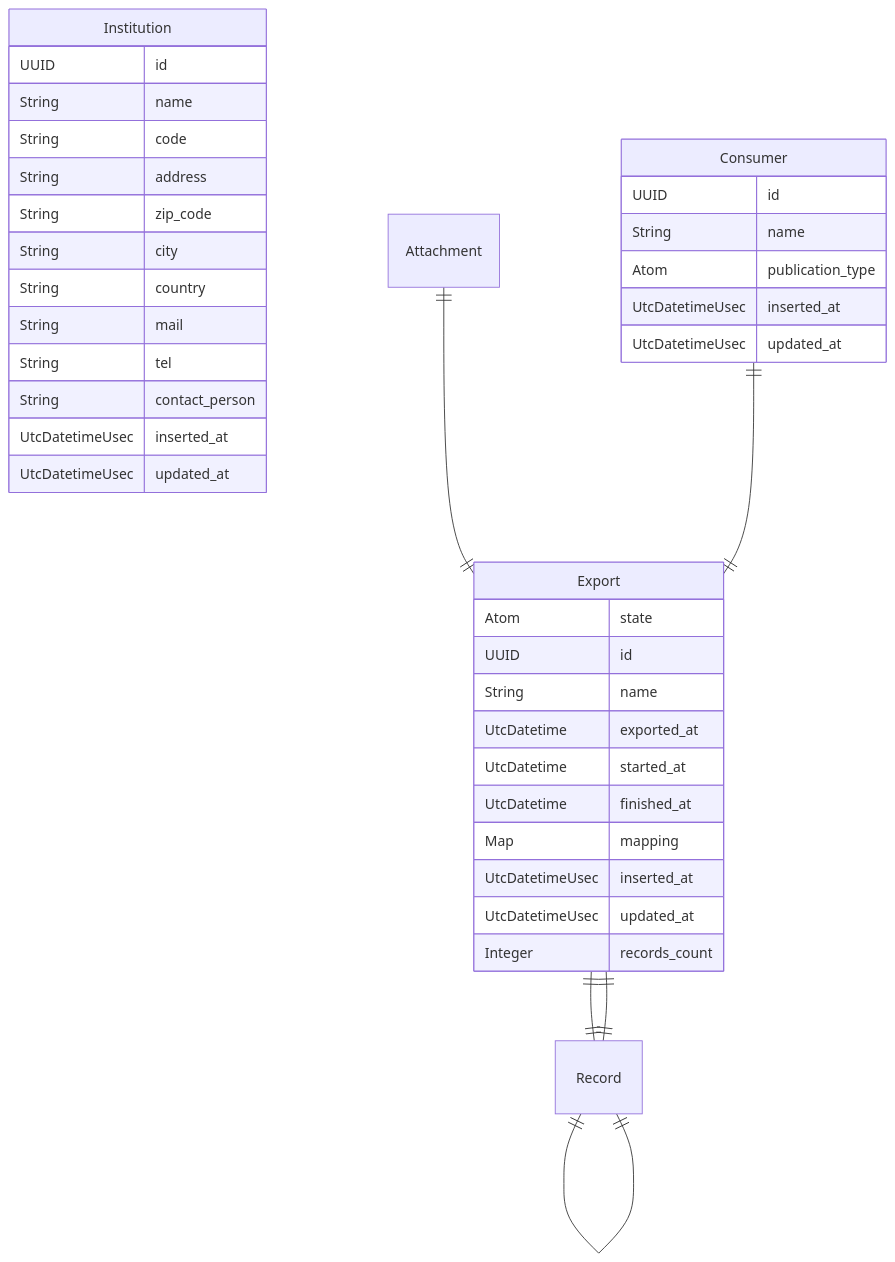
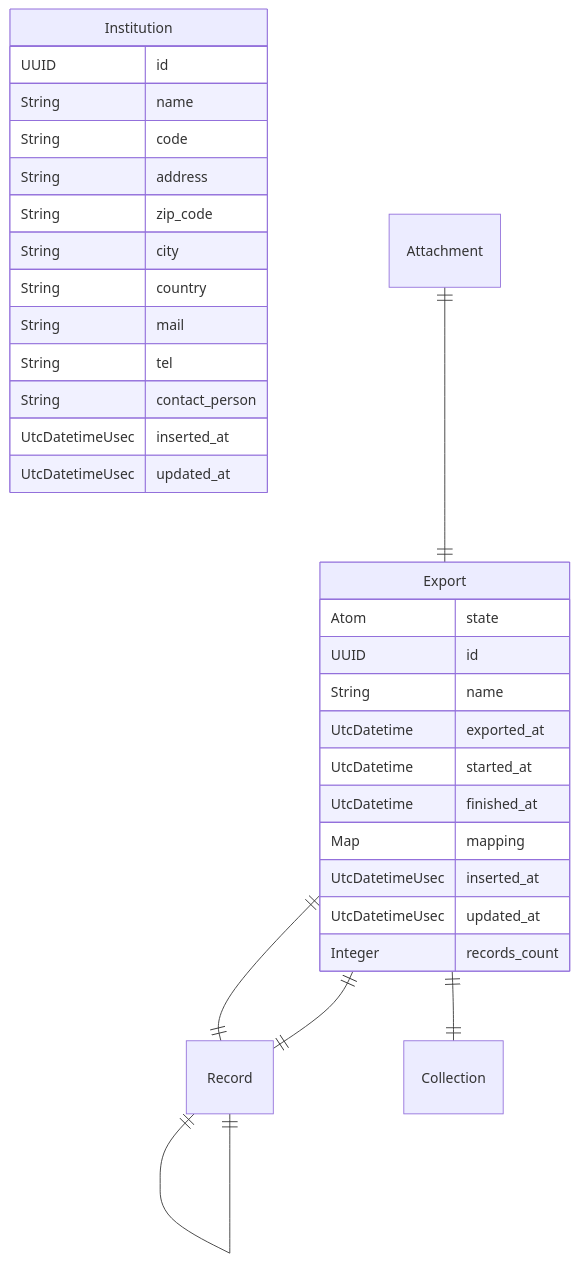
The second of 8 diagrams in docs/api.md (zebbra/data_aggregator), drawn with Mermaid before and after one commit. The commit also changed other lines of this file and 6 other files, not shown here.

````diff
--- a/docs/api.md
+++ b/docs/api.md
@@ -85,45 +73,38 @@
 ```mermaid
 erDiagram
     Institution {
         UUID id
         String name
         String code
         String address
         String zip_code
         String city
         String country
         String mail
         String tel
         String contact_person
-        UtcDatetimeUsec inserted_at
-        UtcDatetimeUsec updated_at
-    }
-    Consumer {
-        UUID id
-        String name
-        Atom publication_type
         UtcDatetimeUsec inserted_at
         UtcDatetimeUsec updated_at
     }
     Export {
         Atom state
         UUID id
         String name
         UtcDatetime exported_at
         UtcDatetime started_at
         UtcDatetime finished_at
         Map mapping
         UtcDatetimeUsec inserted_at
         UtcDatetimeUsec updated_at
         Integer records_count
     }
     Record {
 
     }
 
     Attachment ||--|| Export : ""
-    Consumer ||--|| Export : ""
     Export ||--|| Record : ""
+    Export ||--|| Collection : ""
     Export ||--|| Record : ""
     Record ||--|| Record : ""
 ```
````
